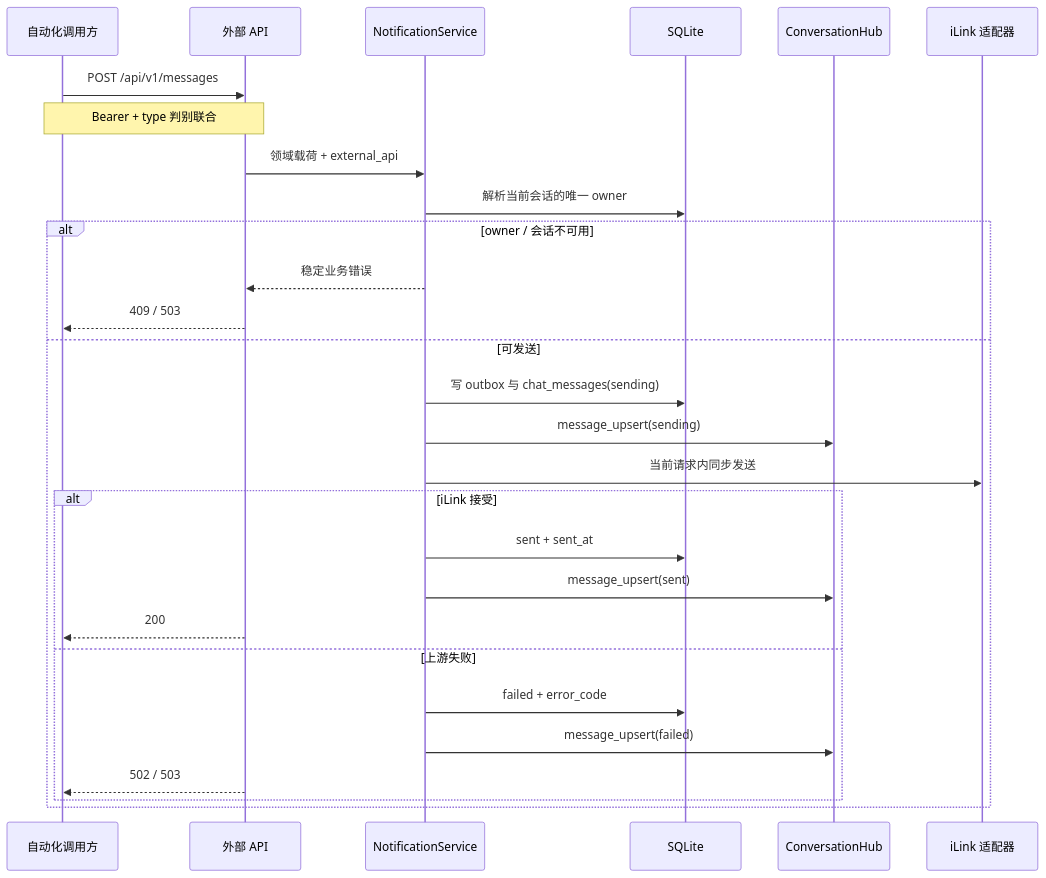
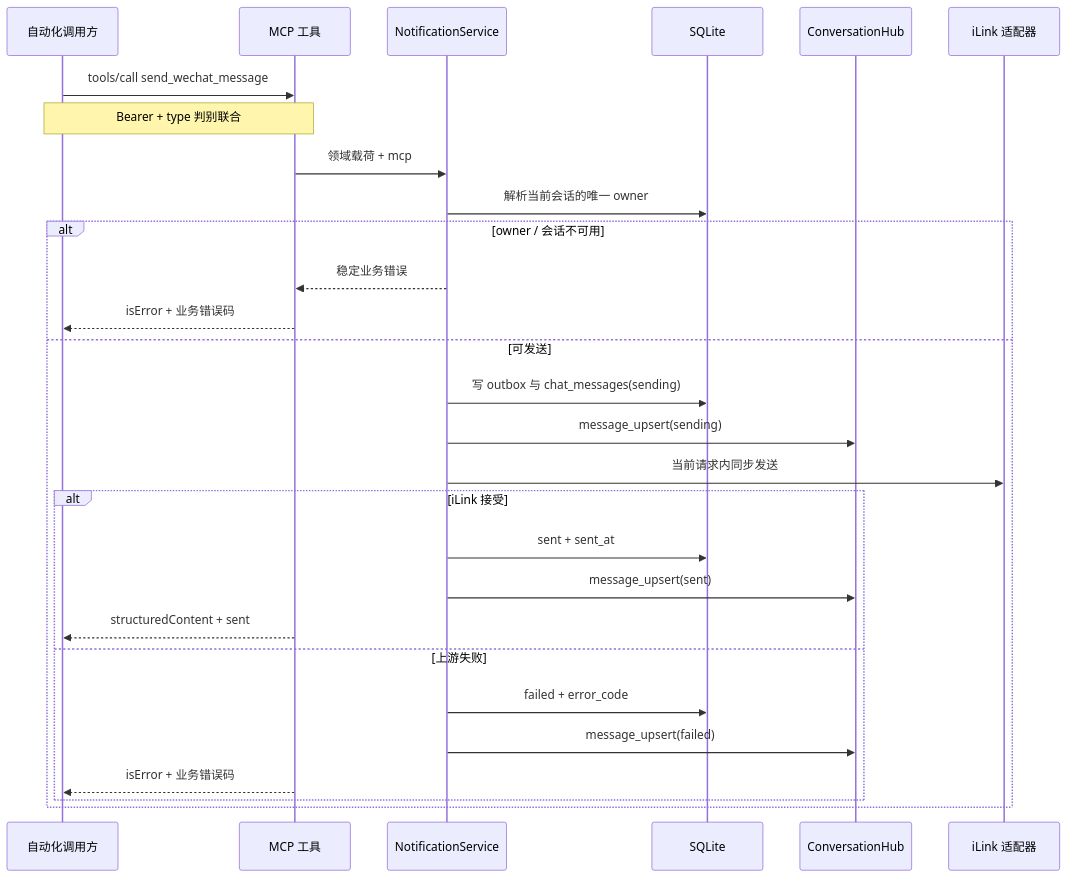
Before and after one commit to MyOldTime/wechat-bot-bridge: the fourth of 5 diagrams in docs/architecture.md, drawn with Mermaid. The commit also changed other lines of this file and 38 other files, not shown here.

````diff
--- a/docs/architecture.md
+++ b/docs/architecture.md
@@ -145,31 +145,31 @@
 ```mermaid
 sequenceDiagram
     participant C as 自动化调用方
-    participant A as 外部 API
+    participant A as MCP 工具
     participant S as NotificationService
     participant D as SQLite
     participant H as ConversationHub
     participant W as iLink 适配器
 
-    C->>A: POST /api/v1/messages
+    C->>A: tools/call send_wechat_message
     Note over C,A: Bearer + type 判别联合
-    A->>S: 领域载荷 + external_api
+    A->>S: 领域载荷 + mcp
     S->>D: 解析当前会话的唯一 owner
     alt owner / 会话不可用
         S-->>A: 稳定业务错误
-        A-->>C: 409 / 503
+        A-->>C: isError + 业务错误码
     else 可发送
         S->>D: 写 outbox 与 chat_messages(sending)
         S->>H: message_upsert(sending)
         S->>W: 当前请求内同步发送
         alt iLink 接受
             S->>D: sent + sent_at
             S->>H: message_upsert(sent)
-            A-->>C: 200
+            A-->>C: structuredContent + sent
         else 上游失败
             S->>D: failed + error_code
             S->>H: message_upsert(failed)
-            A-->>C: 502 / 503
+            A-->>C: isError + 业务错误码
         end
     end
 ```
````
